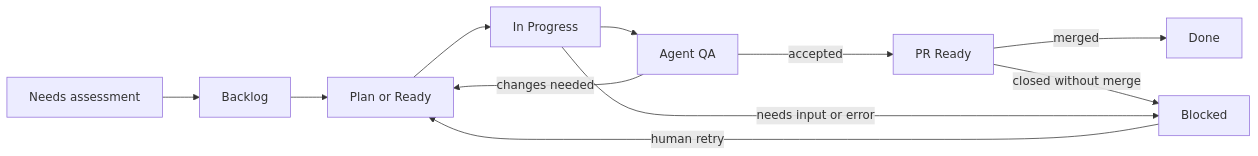
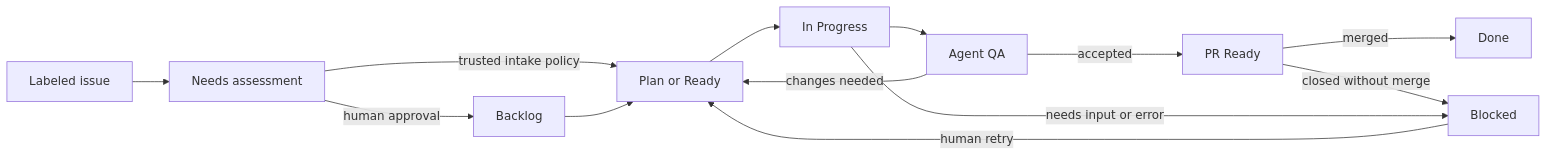
The diagram in README.md (cortexium-io/runner), drawn with Mermaid before and after one commit. The commit also changed other lines of this file and 15 other files, not shown here.

Commit message:
Add trust-gated autonomous issue intake

````diff
--- a/README.md
+++ b/README.md
@@ -291,13 +291,15 @@
 ```mermaid
 flowchart LR
-    A["Needs assessment"] --> B["Backlog"]
+    I["Labeled issue"] --> A["Needs assessment"]
+    A -->|"human approval"| B["Backlog"]
+    A -->|"trusted intake policy"| C
     B --> C["Plan or Ready"]
     C --> D["In Progress"]
     D --> E["Agent QA"]
     E -->|"accepted"| F["PR Ready"]
     E -->|"changes needed"| C
     F -->|"merged"| G["Done"]
     F -->|"closed without merge"| H
     D -->|"needs input or error"| H["Blocked"]
     H -->|"human retry"| C
 ```
````
